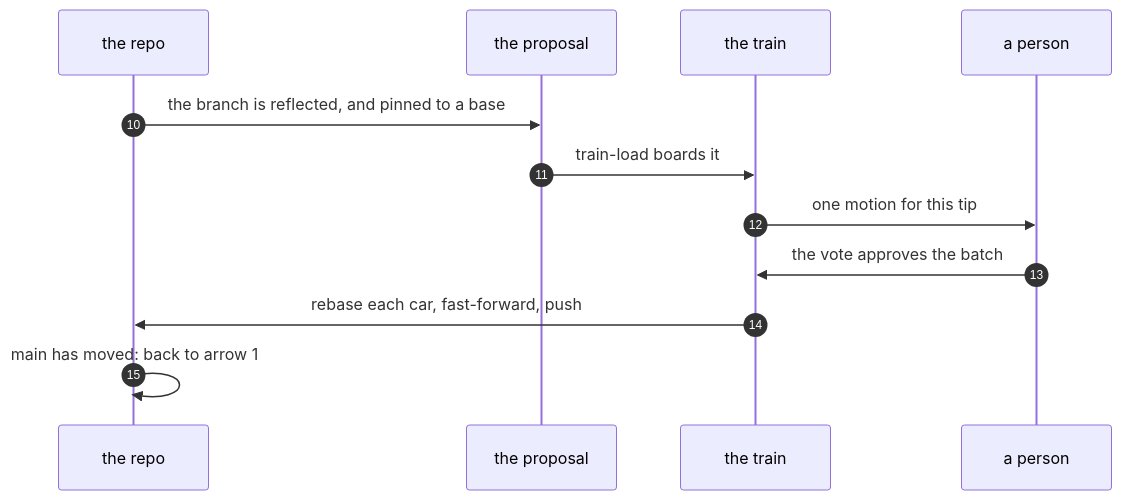
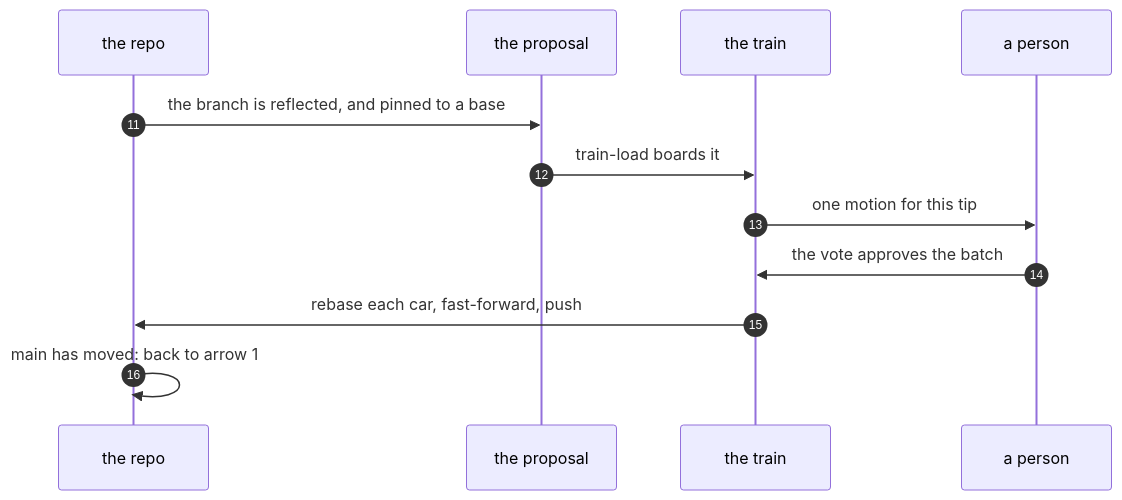
One commit to signadot/viff changed the third of 7 diagrams in docs/working/comment-drift-states.md. Above: the diagram before and after it, drawn with Mermaid. The commit also changed other lines of this file, not shown here.

````diff
--- a/docs/working/comment-drift-states.md
+++ b/docs/working/comment-drift-states.md
@@ -84,15 +90,15 @@
 ```mermaid
 sequenceDiagram
-    autonumber 10
+    autonumber 11
     participant git as the repo
     participant pr as the proposal
     participant tr as the train
     participant who as a person
 
     git->>pr: the branch is reflected, and pinned to a base
     pr->>tr: train-load boards it
     tr->>who: one motion for this tip
     who->>tr: the vote approves the batch
     tr->>git: rebase each car, fast-forward, push
     git->>git: main has moved: back to arrow 1
 ```
````
